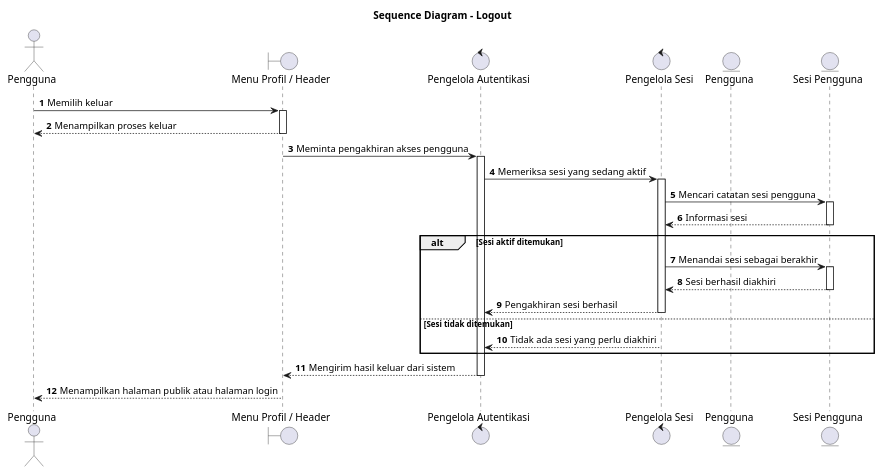
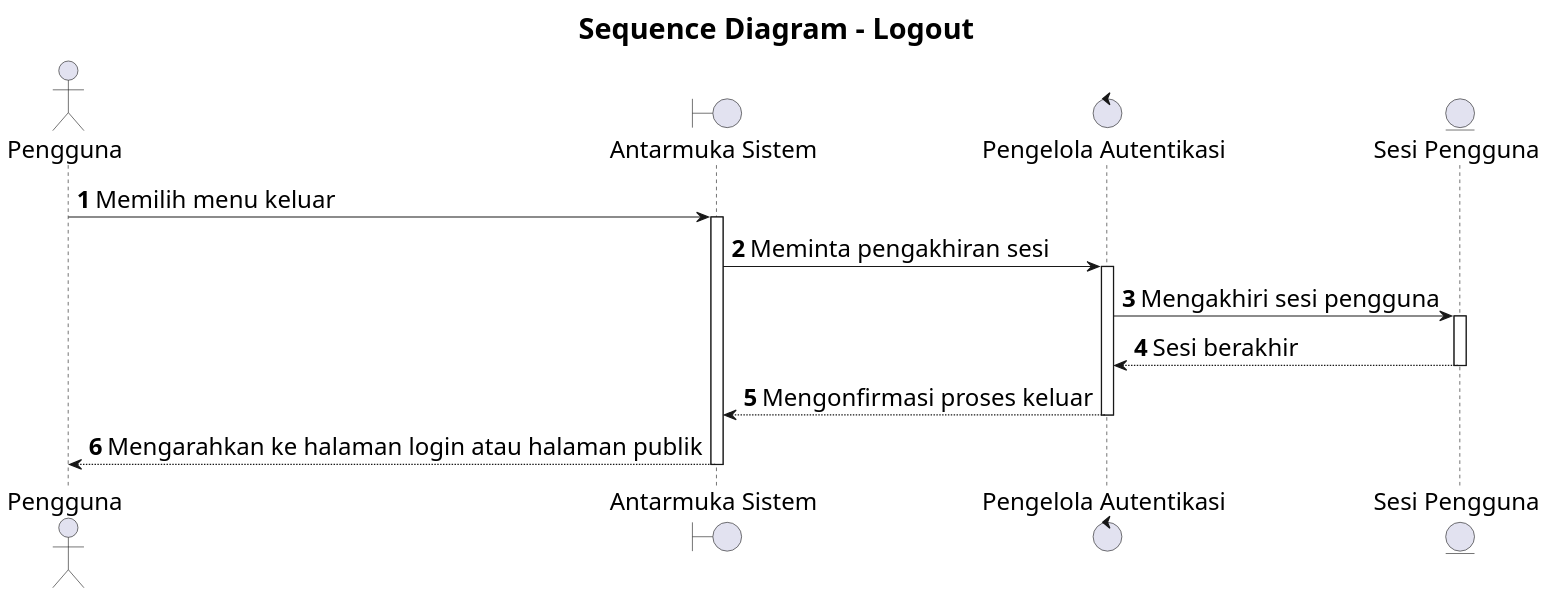
One commit to howlil/sop-generate-app changed the diagram in docs/sequence/lampiran/seluruh-pengguna-logout.md. Above: the diagram before and after it, drawn with PlantUML. The commit also changed other lines of this file and 20 other files, not shown here.

Commit message:
docs(sequence): align all sequence diagrams with use cases

````diff
--- a/docs/sequence/lampiran/seluruh-pengguna-logout.md
+++ b/docs/sequence/lampiran/seluruh-pengguna-logout.md
@@ -16,31 +16,24 @@
 ```plantuml
 @startuml
+skinparam defaultFontSize 20
+skinparam titleFontSize 24
+skinparam dpi 160
+
 title Sequence Diagram - Logout
 autonumber
 autoactivate on
 
 actor "Pengguna" as A
-boundary "Menu Profil / Header" as B
+boundary "Antarmuka Sistem" as B
 control "Pengelola Autentikasi" as C
-control "Pengelola Sesi" as D
-entity "Pengguna" as Pengguna
-entity "Sesi Pengguna" as Sesi
+entity "Sesi Pengguna" as D
 
-A -> B : Memilih keluar
-B --> A : Menampilkan proses keluar
-B -> C : Meminta pengakhiran akses pengguna
-C -> D : Memeriksa sesi yang sedang aktif
-D -> Sesi : Mencari catatan sesi pengguna
-Sesi --> D : Informasi sesi
-alt Sesi aktif ditemukan
-  D -> Sesi : Menandai sesi sebagai berakhir
-  Sesi --> D : Sesi berhasil diakhiri
-  D --> C : Pengakhiran sesi berhasil
-else Sesi tidak ditemukan
-  D --> C : Tidak ada sesi yang perlu diakhiri
-end
-C --> B : Mengirim hasil keluar dari sistem
-B --> A : Menampilkan halaman publik atau halaman login
+A -> B : Memilih menu keluar
+B -> C : Meminta pengakhiran sesi
+C -> D : Mengakhiri sesi pengguna
+D --> C : Sesi berakhir
+C --> B : Mengonfirmasi proses keluar
+B --> A : Mengarahkan ke halaman login atau halaman publik
 
 @enduml
 ```
````
